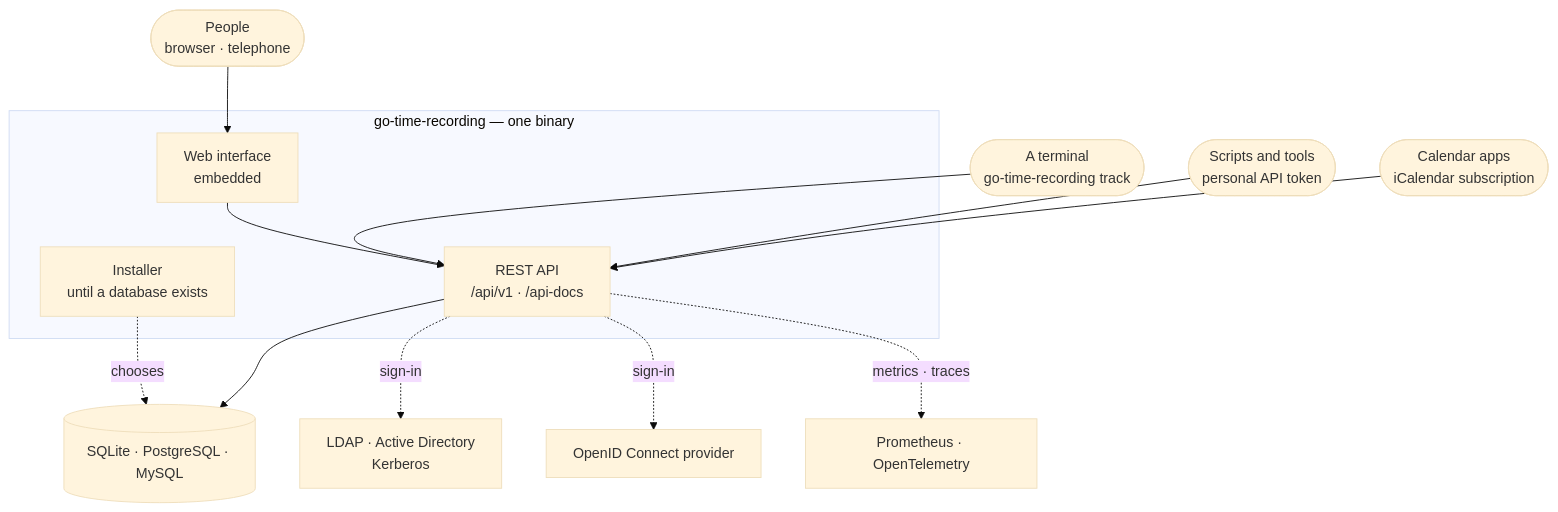
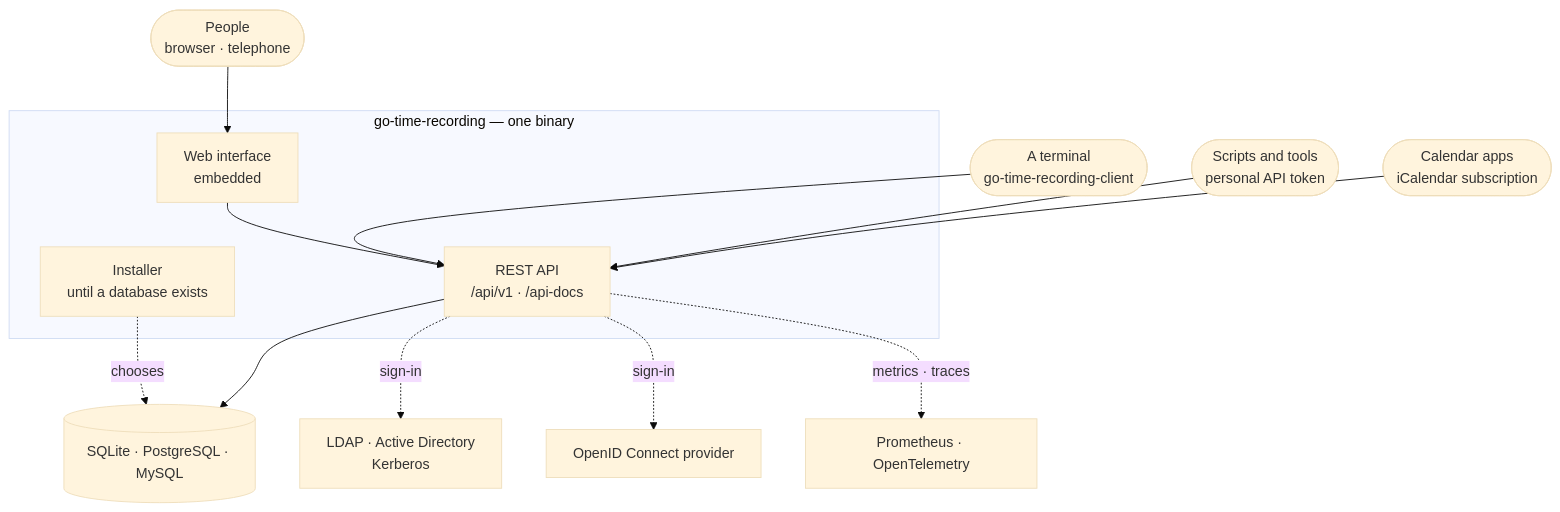
The first of 3 diagrams in README.md (dennis-dko/go-time-recording), drawn with Mermaid (base theme) before and after one commit. The commit also changed other lines of this file and 22 other files, not shown here.

````diff
--- a/README.md
+++ b/README.md
@@ -144,28 +144,28 @@
 ```mermaid
 flowchart TB
     people(["People<br/>browser · telephone"])
-    terminal(["A terminal<br/>go-time-recording track"])
+    terminal(["A terminal<br/>go-time-recording-client"])
     scripts(["Scripts and tools<br/>personal API token"])
     calendars(["Calendar apps<br/>iCalendar subscription"])
 
     subgraph binary["go-time-recording — one binary"]
         installer["Installer<br/>until a database exists"]
         ui["Web interface<br/>embedded"]
         api["REST API<br/>/api/v1 · /api-docs"]
     end
 
     db[("SQLite · PostgreSQL · MySQL")]
     directory["LDAP · Active Directory<br/>Kerberos"]
     provider["OpenID Connect provider"]
     telemetry["Prometheus · OpenTelemetry"]
 
     people --> ui --> api
     terminal --> api
     scripts --> api
     calendars --> api
     installer -. chooses .-> db
     api --> db
     api -. sign-in .-> directory
     api -. sign-in .-> provider
     api -. metrics · traces .-> telemetry
 ```
````
